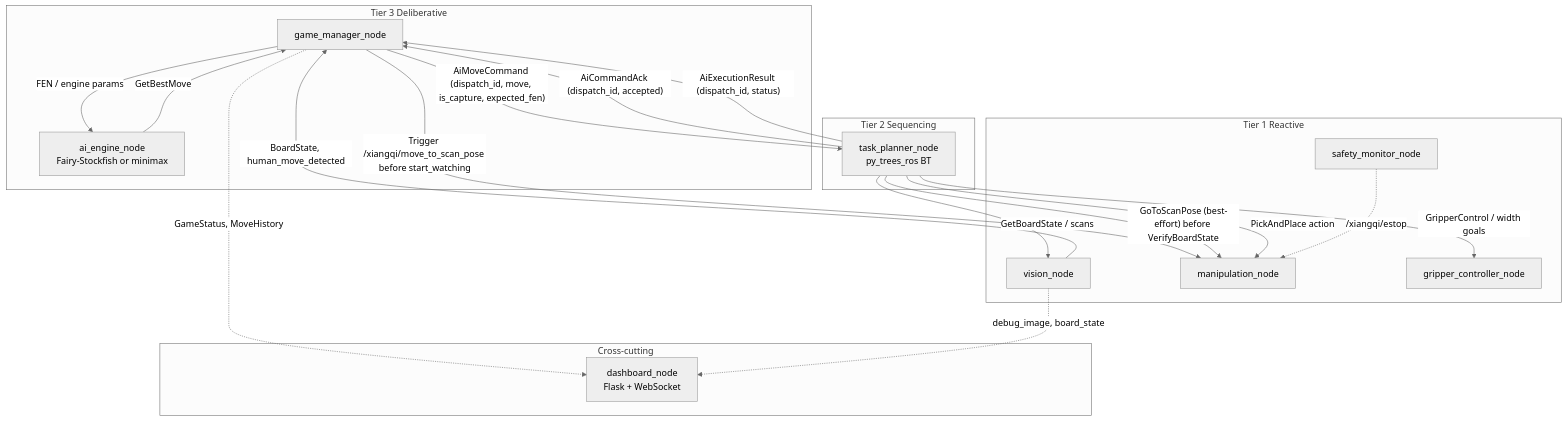
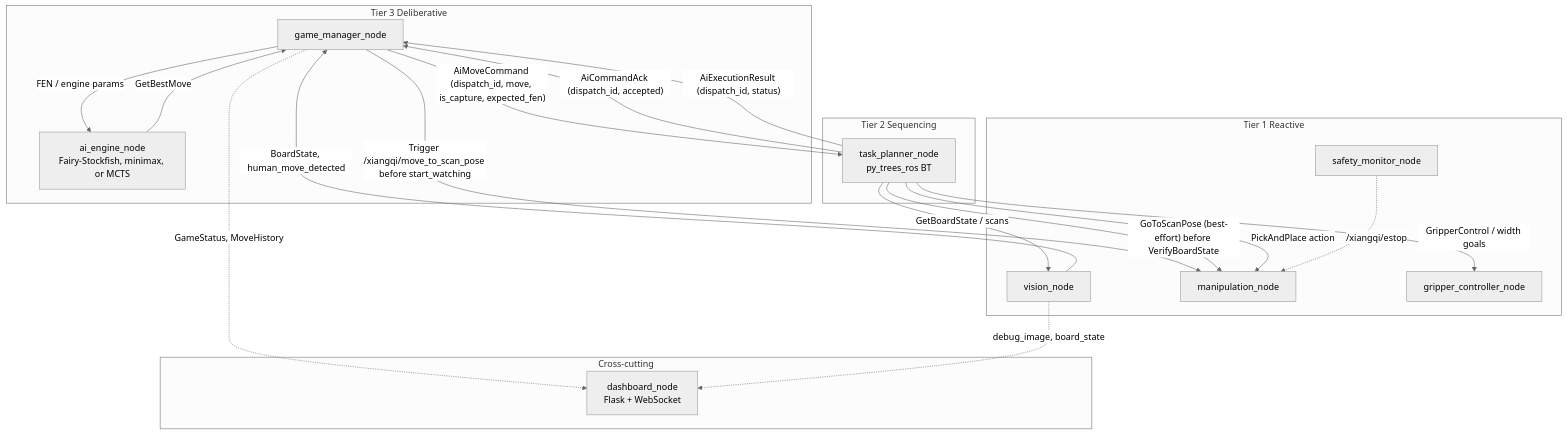
Before and after one commit to giatinhuynh/par_ur5e_xiangqi: the diagram in README.md, drawn with Mermaid (neutral theme). The commit also changed other lines of this file and 17 other files, not shown here.

Commit message:
Add MCTS engine support

````diff
--- a/README.md
+++ b/README.md
@@ -50,37 +50,37 @@
 ```mermaid
 graph TB
   subgraph deliberative [Tier 3 Deliberative]
     GameManager["game_manager_node"]
-    AIEngine["ai_engine_node<br/>Fairy-Stockfish or minimax"]
+    AIEngine["ai_engine_node<br/>Fairy-Stockfish, minimax, or MCTS"]
   end
 
   subgraph sequencing [Tier 2 Sequencing]
     TaskPlanner["task_planner_node<br/>py_trees_ros BT"]
   end
 
   subgraph reactive [Tier 1 Reactive]
     VisionNode["vision_node"]
     ManipNode["manipulation_node"]
     GripperNode["gripper_controller_node"]
     SafetyNode["safety_monitor_node"]
   end
 
   subgraph crosscutting [Cross-cutting]
     Dashboard["dashboard_node<br/>Flask + WebSocket"]
   end
 
   GameManager -->|"AiMoveCommand (dispatch_id, move, is_capture, expected_fen)"| TaskPlanner
   TaskPlanner -->|"AiCommandAck (dispatch_id, accepted)"| GameManager
   TaskPlanner -->|"AiExecutionResult (dispatch_id, status)"| GameManager
   GameManager -->|"Trigger /xiangqi/move_to_scan_pose before start_watching"| ManipNode
   TaskPlanner -->|"GoToScanPose (best-effort) before VerifyBoardState"| ManipNode
   AIEngine -->|"GetBestMove"| GameManager
   GameManager -->|"FEN / engine params"| AIEngine
   VisionNode -->|"BoardState, human_move_detected"| GameManager
   TaskPlanner -->|"PickAndPlace action"| ManipNode
   TaskPlanner -->|"GripperControl / width goals"| GripperNode
   TaskPlanner -->|"GetBoardState / scans"| VisionNode
   SafetyNode -.->|"/xiangqi/estop"| ManipNode
   GameManager -.->|"GameStatus, MoveHistory"| Dashboard
   VisionNode -.->|"debug_image, board_state"| Dashboard
 ```
````
